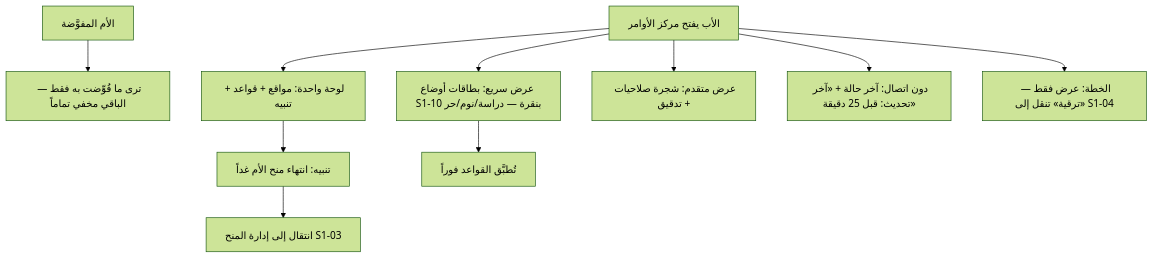
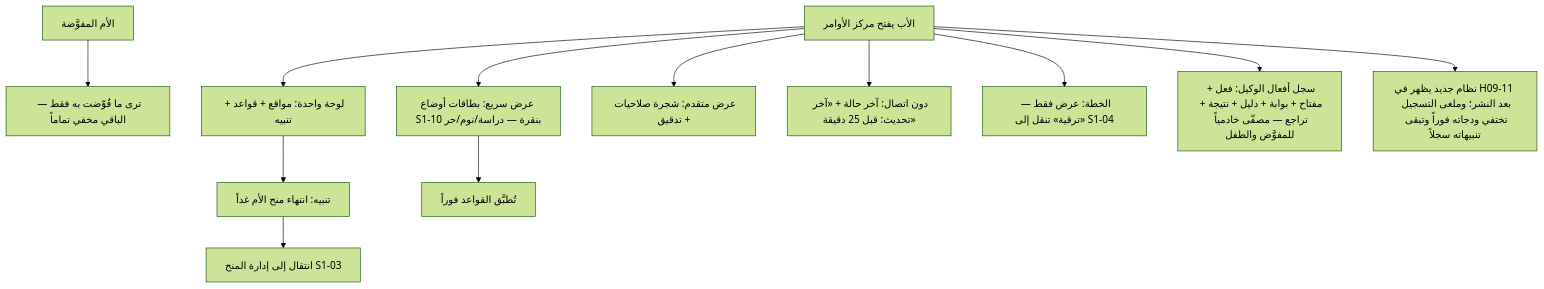
The second of 2 diagrams in docs/family-os/governance/phases/phase-1/S1-09-command-center-and-settings/SPEC.md (Bassam-mohammed-alqaeadi/family-os-v2), drawn with Mermaid (forest theme) before and after one commit. The commit also changed other lines of this file and 2 other files, not shown here.

````diff
--- a/docs/family-os/governance/phases/phase-1/S1-09-command-center-and-settings/SPEC.md
+++ b/docs/family-os/governance/phases/phase-1/S1-09-command-center-and-settings/SPEC.md
@@ -81,12 +91,14 @@
 ```mermaid
 flowchart TD
     Father[الأب يفتح مركز الأوامر] --> Dash[لوحة واحدة: مواقع + قواعد + تنبيه]
     Dash --> Alert[تنبيه: انتهاء منح الأم غداً]
     Alert --> Grants[انتقال إلى إدارة المنح S1-03]
     Mother[الأم المفوَّضة] --> Vis[ترى ما فُوِّضت به فقط — الباقي مخفي تماماً]
     Father --> Quick[عرض سريع: بطاقات أوضاع S1-10 بنقرة — دراسة/نوم/حر]
     Quick --> Apply[تُطبَّق القواعد فوراً]
     Father --> Adv[عرض متقدم: شجرة صلاحيات + تدقيق]
     Father --> Offline["دون اتصال: آخر حالة + «آخر تحديث: قبل 25 دقيقة»"]
     Father --> Plan["الخطة: عرض فقط — «ترقية» تنقل إلى S1-04"]
+    Father --> Log["سجل أفعال الوكيل: فعل + مفتاح + بوابة + دليل + نتيجة + تراجع — مصفّى خادمياً للمفوَّض والطفل"]
+    Father --> Reg["نظام جديد يظهر في H09-11 بعد النشر؛ وملغى التسجيل تختفي ودجاته فوراً وتبقى تنبيهاته سجلاً"]
 ```
````
